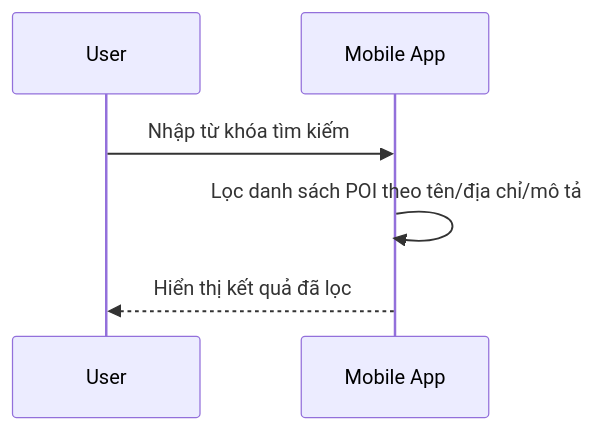
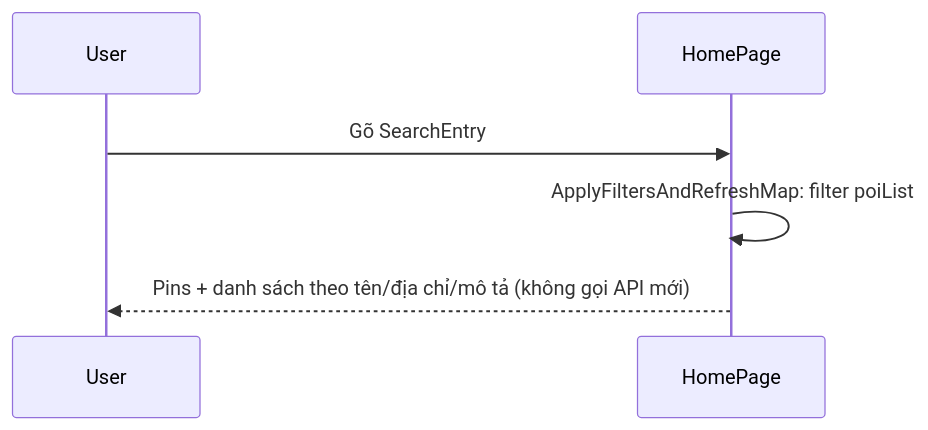
One commit to NguyenPhuc-Du/StreetFood changed the eighth of 55 diagrams in prd.md. Above: the diagram before and after it, drawn with Mermaid. The commit also changed other lines of this file and 8 other files, not shown here.

````diff
--- a/prd.md
+++ b/prd.md
@@ -822,9 +854,8 @@
 ```mermaid
 sequenceDiagram
     participant U as User
-    participant M as Mobile App
-
-    U->>M: Nhập từ khóa tìm kiếm
-    M->>M: Lọc danh sách POI theo tên/địa chỉ/mô tả
-    M-->>U: Hiển thị kết quả đã lọc
+    participant M as HomePage
+    U->>M: Gõ SearchEntry
+    M->>M: ApplyFiltersAndRefreshMap: filter poiList
+    M-->>U: Pins + danh sách theo tên/địa chỉ/mô tả (không gọi API mới)
 ```
````
